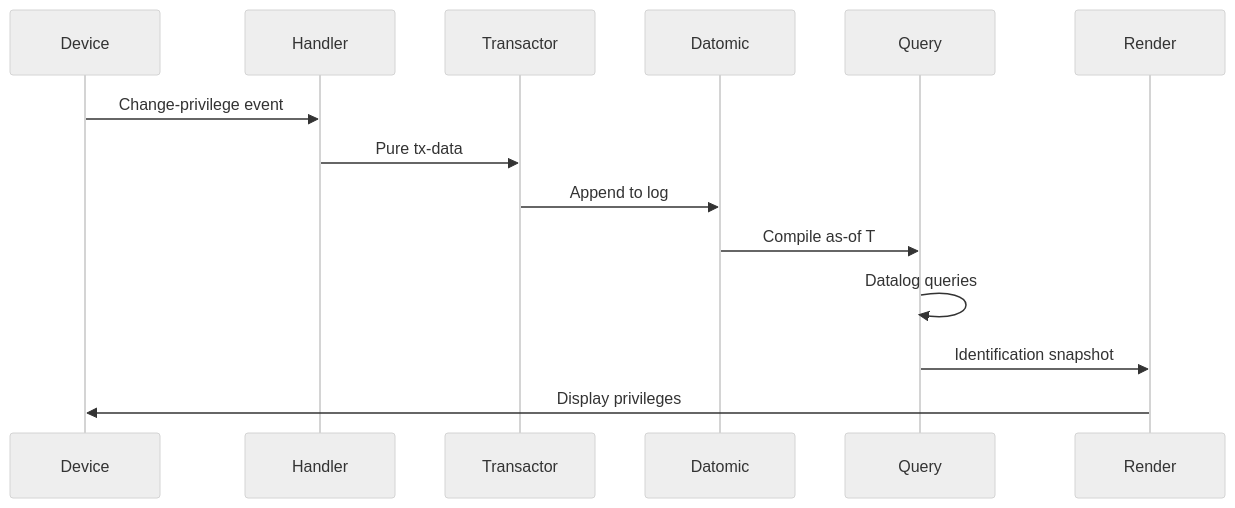
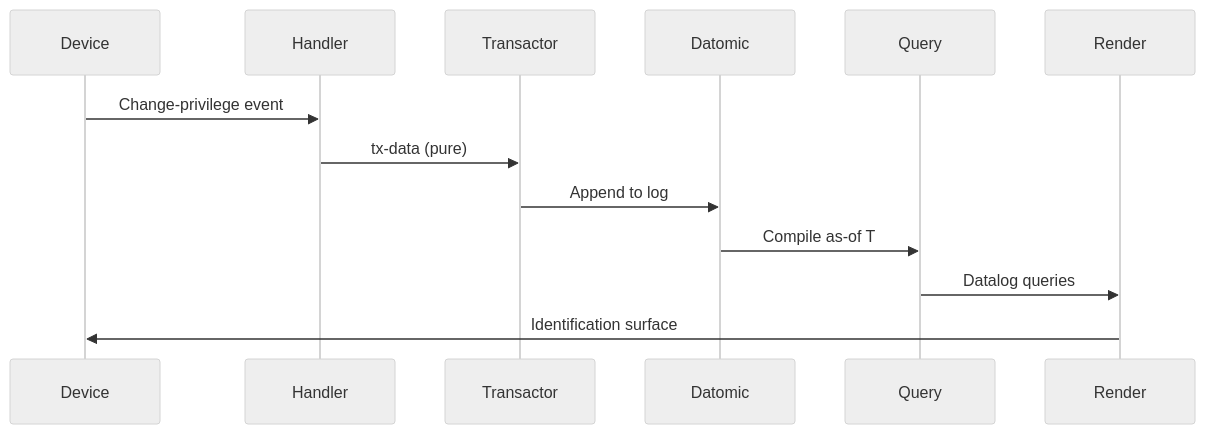
The second of 7 diagrams in conj-talk-2025.md (Synthetic-Identity-Co/conj-talk-2025), drawn with Mermaid (neutral theme) before and after one commit. The commit also changed other lines of this file, not shown here.

````diff
--- a/conj-talk-2025.md
+++ b/conj-talk-2025.md
@@ -142,17 +174,16 @@
 ```mermaid
 sequenceDiagram
     participant Device
     participant Handler
     participant Transactor
     participant Datomic
     participant Query
     participant Render
-    
+
     Device->>Handler: Change-privilege event
-    Handler->>Transactor: Pure tx-data
+    Handler->>Transactor: tx-data (pure)
     Transactor->>Datomic: Append to log
     Datomic->>Query: Compile as-of T
-    Query->>Query: Datalog queries
-    Query->>Render: Identification snapshot
-    Render->>Device: Display privileges
+    Query->>Render: Datalog queries
+    Render->>Device: Identification surface
 ```
````
